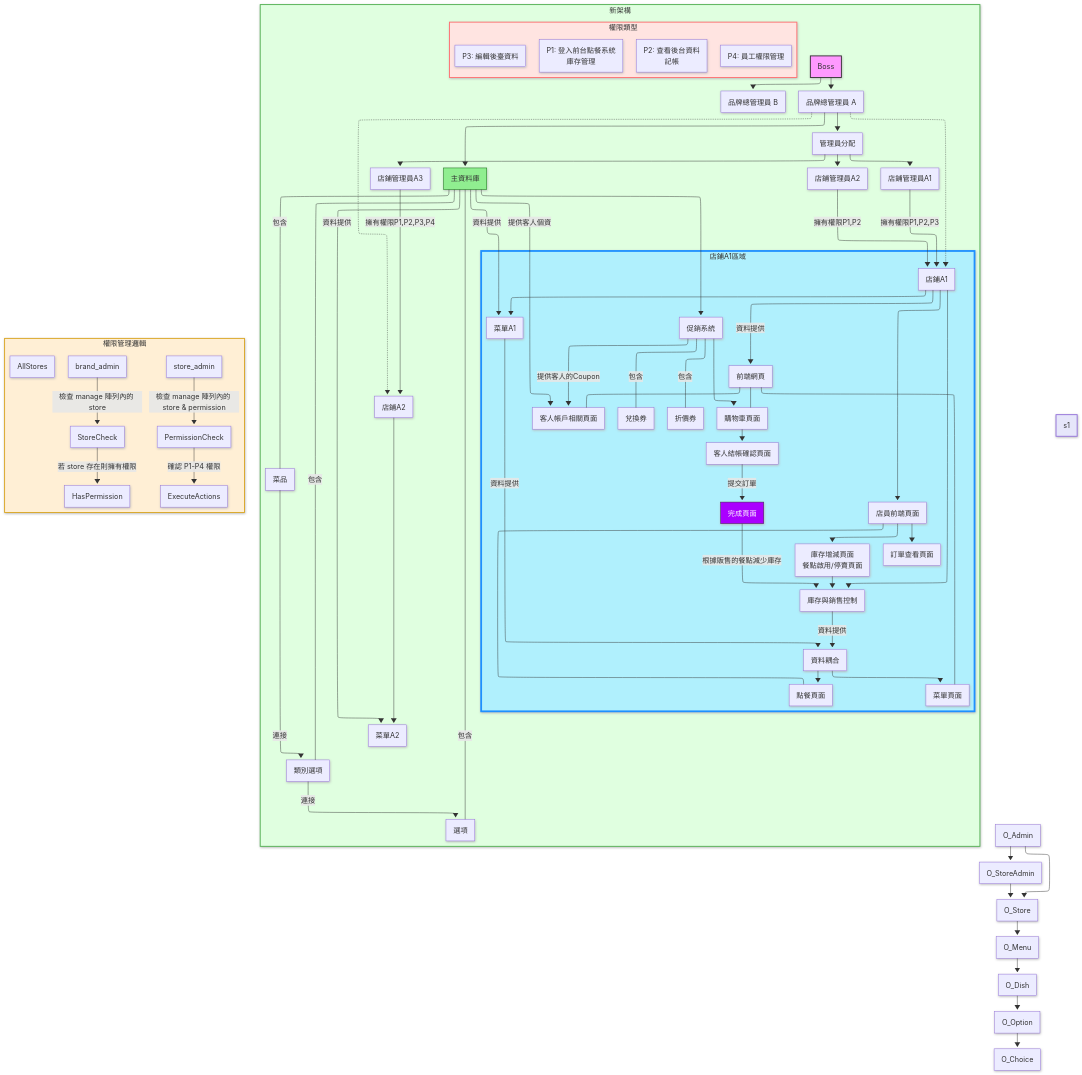
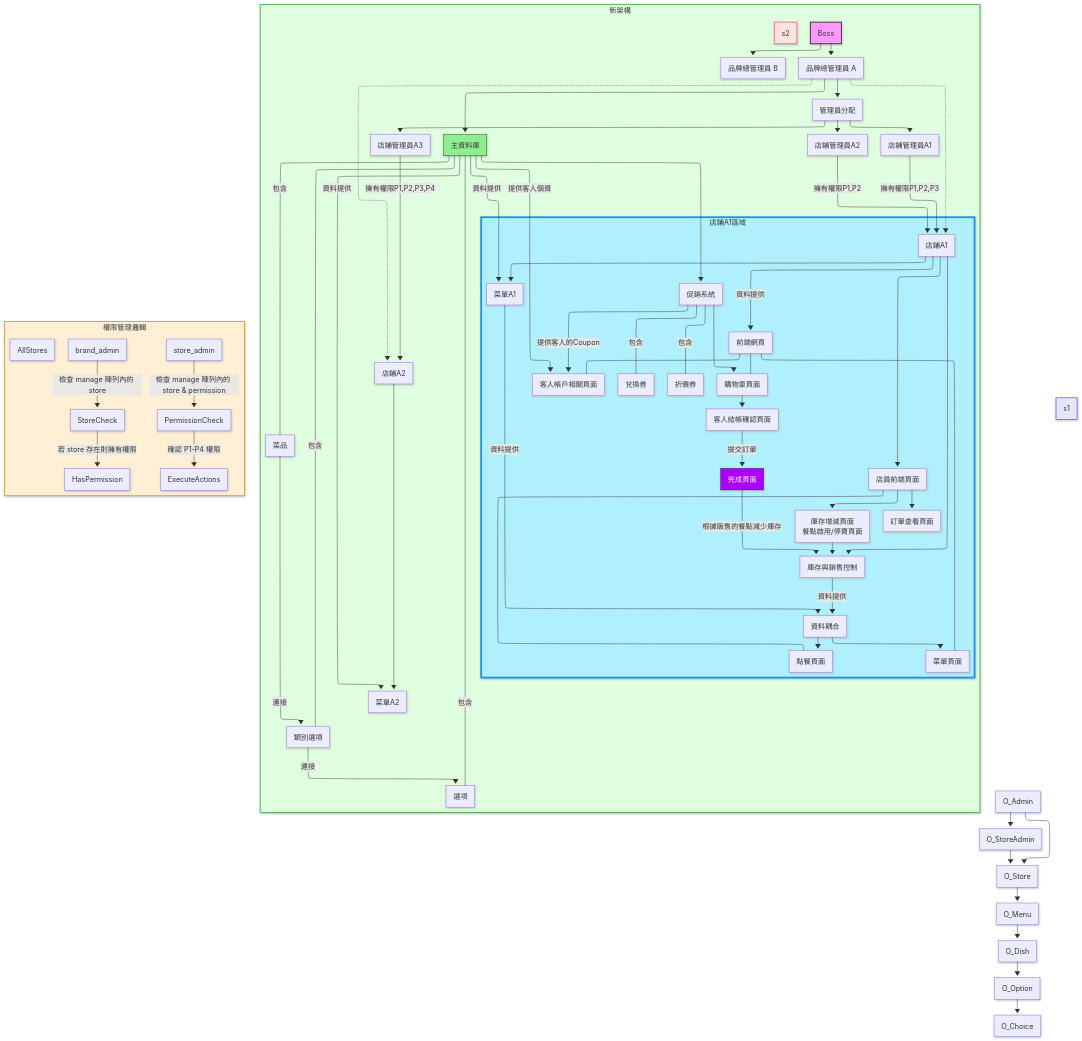
One commit to RabbirReaper/online-order-system changed the first of 3 diagrams in README.md. Above: the diagram before and after it, drawn with Mermaid. The commit also changed other lines of this file, not shown here.

Commit message:
更新程式流程圖，移除權限類型子圖並新增權限管理邏輯

```diff
--- a/README.md
+++ b/README.md
@@ -107,12 +107,6 @@
   layout: elk
 ---
 flowchart TB
- subgraph s2["權限類型"]
-        P1["P1: 登入前台點餐系統<br>庫存管理"]
-        P2["P2: 查看後台資料<br>記帳"]
-        P3["P3: 編輯後臺資料"]
-        P4["P4: 員工權限管理"]
-  end
  subgraph s3["新架構"]
         brand_CEO_A["品牌總管理員 A"]
         Boss["Boss"]
```
